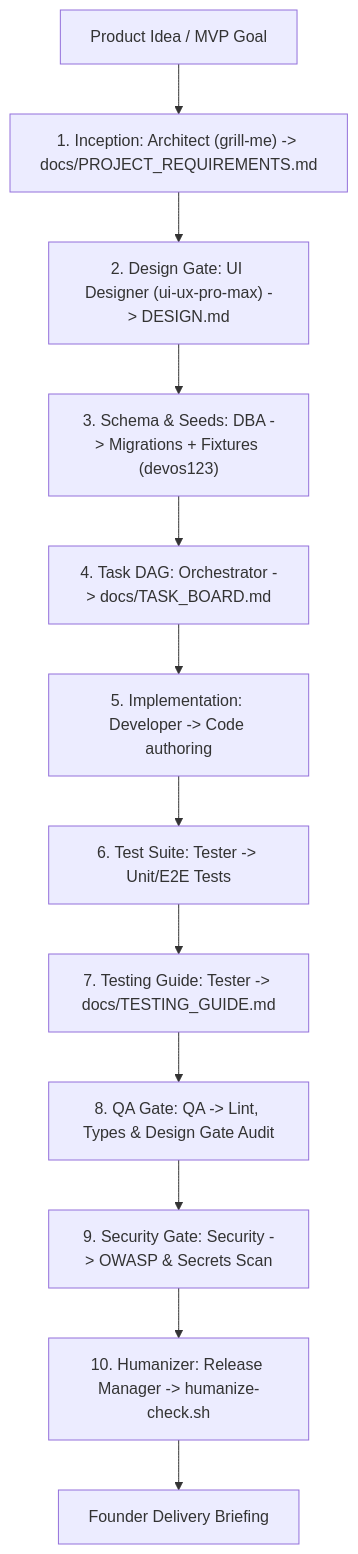
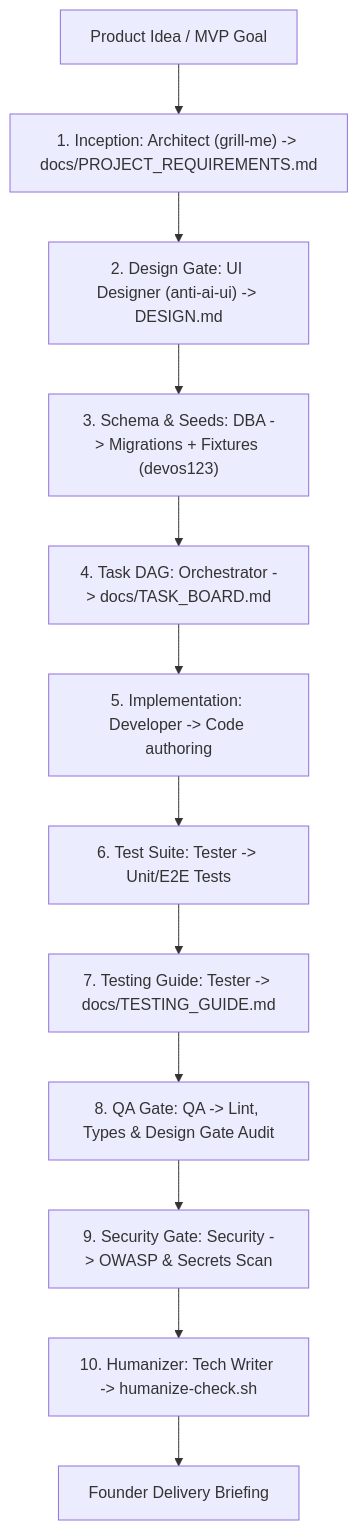
The tenth of 11 diagrams in templates/docs/ARCHITECTURE.md (olitech1010/dev-os), drawn with Mermaid before and after one commit. The commit also changed other lines of this file and 198 other files, not shown here.

````diff
--- a/templates/docs/ARCHITECTURE.md
+++ b/templates/docs/ARCHITECTURE.md
@@ -148,14 +153,14 @@
 ```mermaid
 flowchart TD
     Idea["Product Idea / MVP Goal"] --> Stage1["1. Inception: Architect (grill-me) -> docs/PROJECT_REQUIREMENTS.md"]
-    Stage1 --> Stage2["2. Design Gate: UI Designer (ui-ux-pro-max) -> DESIGN.md"]
+    Stage1 --> Stage2["2. Design Gate: UI Designer (anti-ai-ui) -> DESIGN.md"]
     Stage2 --> Stage3["3. Schema & Seeds: DBA -> Migrations + Fixtures (devos123)"]
     Stage3 --> Stage4["4. Task DAG: Orchestrator -> docs/TASK_BOARD.md"]
     Stage4 --> Stage5["5. Implementation: Developer -> Code authoring"]
     Stage5 --> Stage6["6. Test Suite: Tester -> Unit/E2E Tests"]
     Stage6 --> Stage7["7. Testing Guide: Tester -> docs/TESTING_GUIDE.md"]
     Stage7 --> Stage8["8. QA Gate: QA -> Lint, Types & Design Gate Audit"]
     Stage8 --> Stage9["9. Security Gate: Security -> OWASP & Secrets Scan"]
-    Stage9 --> Stage10["10. Humanizer: Release Manager -> humanize-check.sh"]
+    Stage9 --> Stage10["10. Humanizer: Tech Writer -> humanize-check.sh"]
     Stage10 --> FinalReview["Founder Delivery Briefing"]
 ```
````
